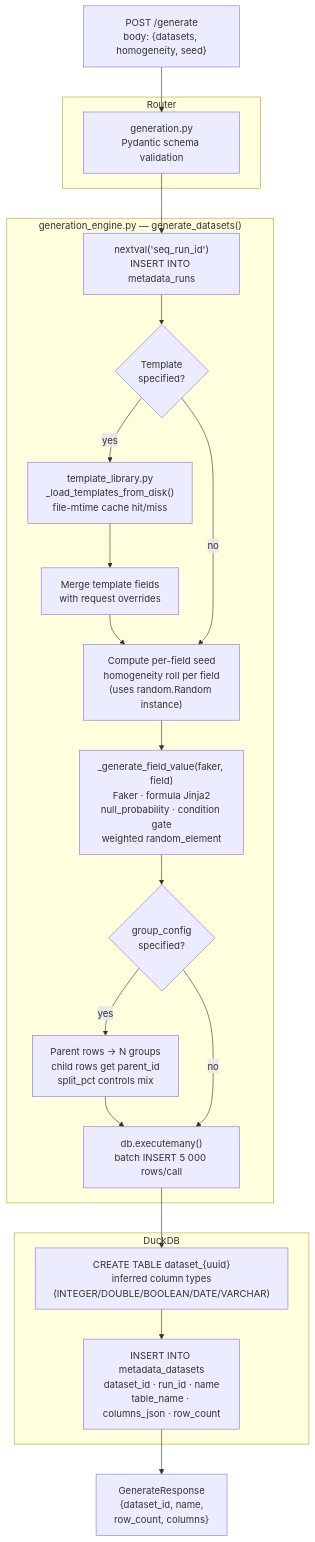
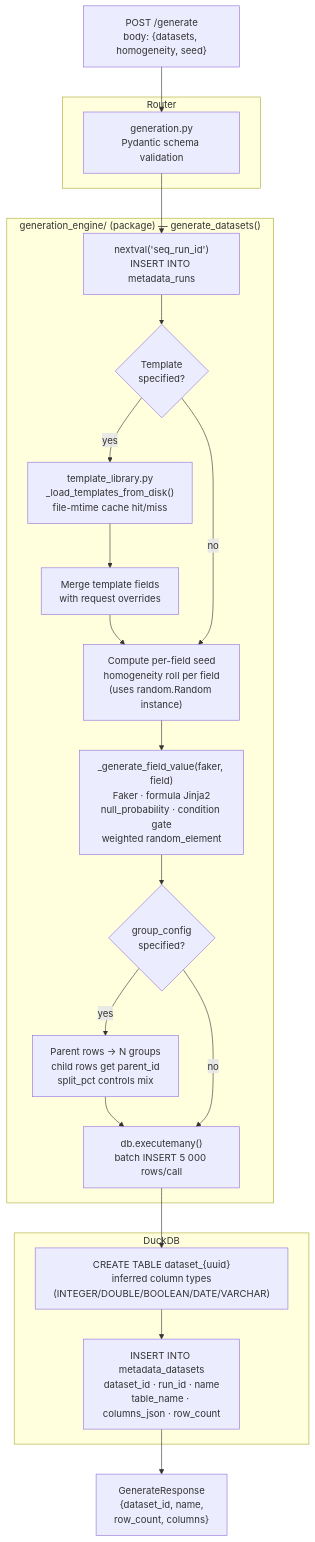
The second of 6 diagrams in ARCHITECTURE.md (PatrickBateman-cmd/faker-app), drawn with Mermaid before and after one commit. The commit also changed 4 other files, not shown here.

````diff
--- a/ARCHITECTURE.md
+++ b/ARCHITECTURE.md
@@ -88,35 +88,35 @@
 ```mermaid
 flowchart TD
     A["POST /generate\nbody: {datasets, homogeneity, seed}"]
 
     subgraph router["Router"]
         B["generation.py\nPydantic schema validation"]
     end
 
-    subgraph engine["generation_engine.py — generate_datasets()"]
+    subgraph engine["generation_engine/ (package) — generate_datasets()"]
         C["nextval('seq_run_id')\nINSERT INTO metadata_runs"]
         D{"Template\nspecified?"}
         E["template_library.py\n_load_templates_from_disk()\nfile-mtime cache hit/miss"]
         F["Merge template fields\nwith request overrides"]
         G["Compute per-field seed\nhomogeneity roll per field\n(uses random.Random instance)"]
         H["_generate_field_value(faker, field)\nFaker · formula Jinja2\nnull_probability · condition gate\nweighted random_element"]
         I{"group_config\nspecified?"}
         J["Parent rows → N groups\nchild rows get parent_id\nsplit_pct controls mix"]
         K["db.executemany()\nbatch INSERT 5 000 rows/call"]
     end
 
     subgraph persist["DuckDB"]
         L["CREATE TABLE dataset_{uuid}\ninferred column types\n(INTEGER/DOUBLE/BOOLEAN/DATE/VARCHAR)"]
         M["INSERT INTO metadata_datasets\ndataset_id · run_id · name\ntable_name · columns_json · row_count"]
     end
 
     N["GenerateResponse\n{dataset_id, name,\nrow_count, columns}"]
 
     A --> B --> C --> D
     D -->|yes| E --> F --> G
     D -->|no| G
     G --> H --> I
     I -->|yes| J --> K
     I -->|no| K
     K --> L --> M --> N
 ```
````
